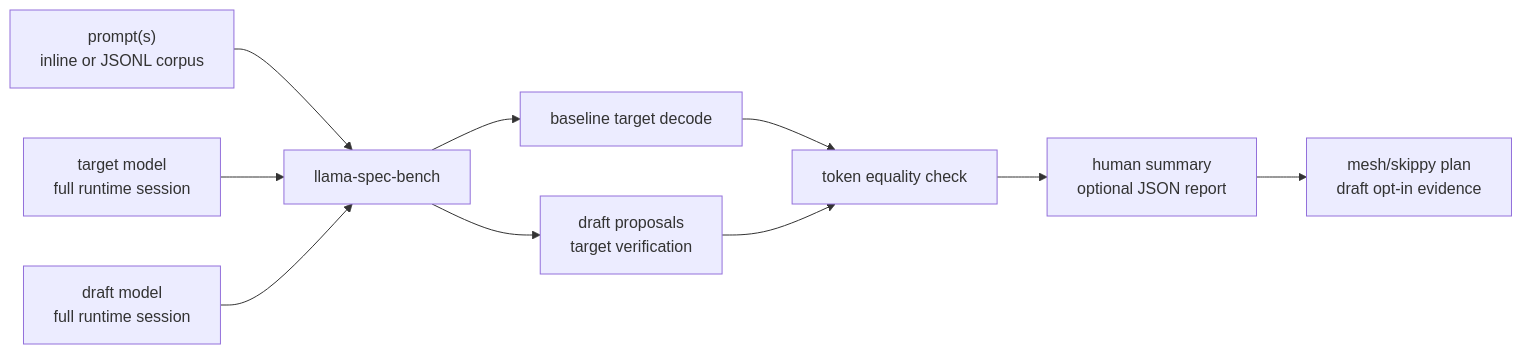
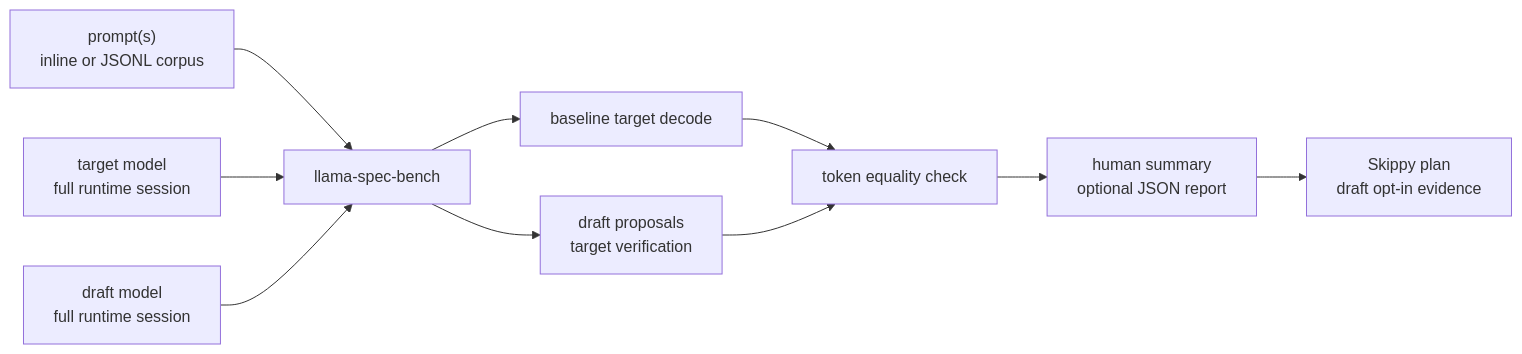
Before and after one commit to Mesh-LLM/skippy: the first of 2 diagrams in crates/llama-spec-bench/README.md, drawn with Mermaid. The commit also changed other lines of this file and 463 other files, not shown here.

````diff
--- a/crates/llama-spec-bench/README.md
+++ b/crates/llama-spec-bench/README.md
@@ -21,12 +21,12 @@
 ```mermaid
 flowchart LR
     Corpus["prompt(s)<br/>inline or JSONL corpus"] --> Bench["llama-spec-bench"]
     Target["target model<br/>full runtime session"] --> Bench
     Draft["draft model<br/>full runtime session"] --> Bench
     Bench --> Base["baseline target decode"]
     Bench --> Spec["draft proposals<br/>target verification"]
     Base --> Compare["token equality check"]
     Spec --> Compare
     Compare --> Report["human summary<br/>optional JSON report"]
-    Report --> Mesh["mesh/skippy plan<br/>draft opt-in evidence"]
+    Report --> Host["Skippy plan<br/>draft opt-in evidence"]
 ```
````
